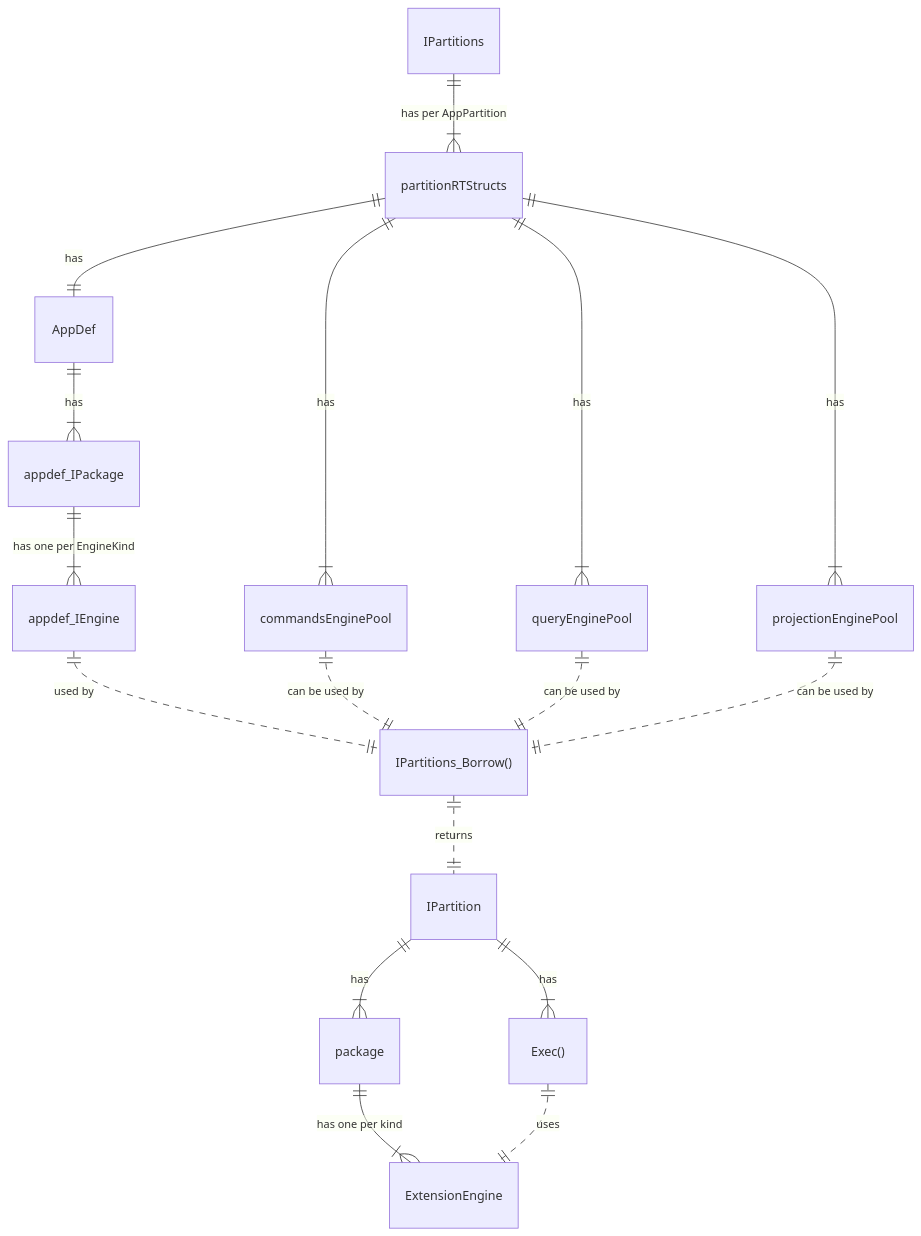
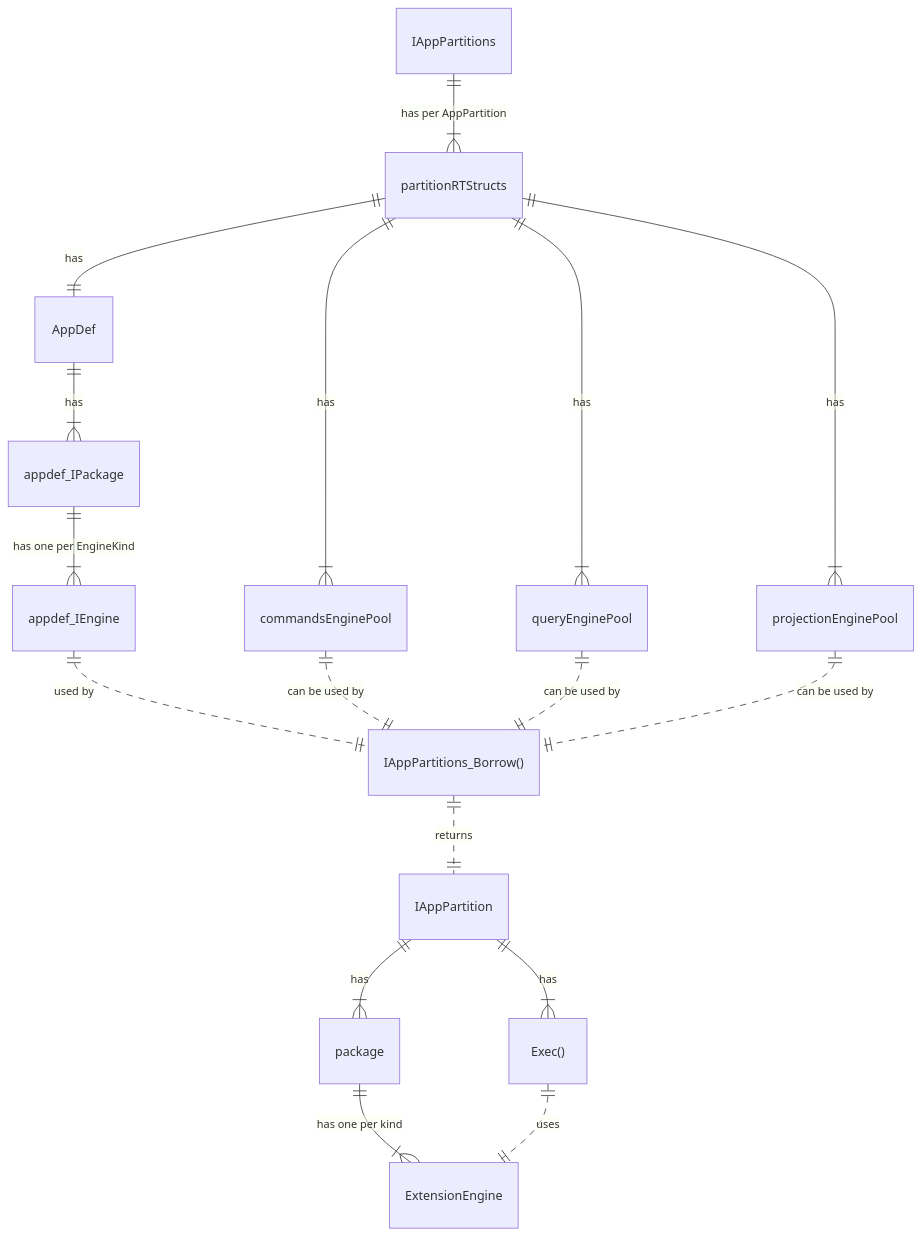
The fifth of 15 diagrams in design/README.md (voedger/voedger), drawn with Mermaid before and after one commit. The commit also changed other lines of this file, not shown here.

Commit message:
IPartition => AppPartition

````diff
--- a/design/README.md
+++ b/design/README.md
@@ -169,28 +169,28 @@
 ```mermaid
     erDiagram
 
-    IPartitions ||--|{ partitionRTStructs : "has per AppPartition"
+    IAppPartitions ||--|{ partitionRTStructs : "has per AppPartition"
 
     partitionRTStructs ||--|| AppDef : "has"
     partitionRTStructs  ||--|{ commandsEnginePool : "has"
     partitionRTStructs  ||--|{ queryEnginePool : "has"
     partitionRTStructs  ||--|{ projectionEnginePool : "has"
 
 
     AppDef ||--|{ appdef_IPackage : "has"
     appdef_IPackage ||--|{ appdef_IEngine : "has one per EngineKind"
 
-    appdef_IEngine ||..|| "IPartitions_Borrow()": "used by"
+    appdef_IEngine ||..|| "IAppPartitions_Borrow()": "used by"
     
-    commandsEnginePool ||..|| "IPartitions_Borrow()": "can be used by"
-    queryEnginePool ||..|| "IPartitions_Borrow()": "can be used by"
-    projectionEnginePool ||..|| "IPartitions_Borrow()": "can be used by"
+    commandsEnginePool ||..|| "IAppPartitions_Borrow()": "can be used by"
+    queryEnginePool ||..|| "IAppPartitions_Borrow()": "can be used by"
+    projectionEnginePool ||..|| "IAppPartitions_Borrow()": "can be used by"
 
-    "IPartitions_Borrow()" ||..|| "IPartition": "returns"
+    "IAppPartitions_Borrow()" ||..|| "IAppPartition": "returns"
 
-    IPartition ||--|{ package : "has"
+    IAppPartition ||--|{ package : "has"
     package ||--|{ ExtensionEngine : "has one per kind"
-    IPartition ||--|{ "Exec()" : "has"
+    IAppPartition ||--|{ "Exec()" : "has"
 
     "Exec()" ||..|| ExtensionEngine : "uses"
 ```
````
